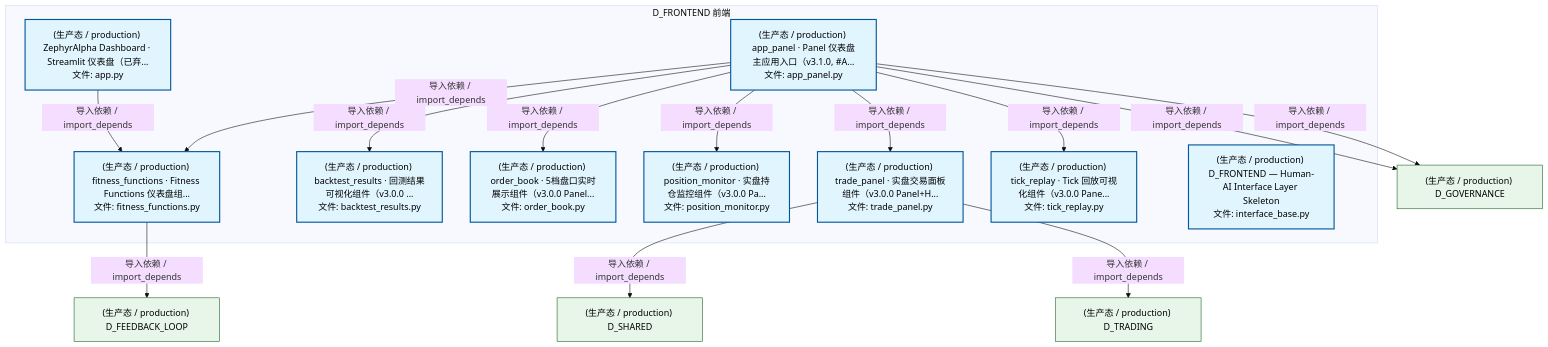
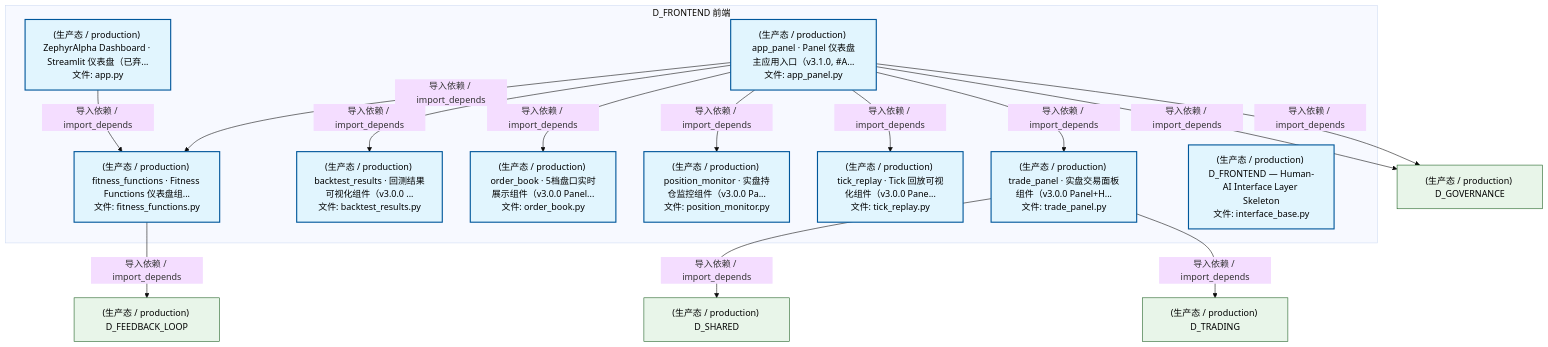
The second of 5 diagrams in docs/02_enterprise_architecture/02_domain_architecture_docs/15_d_frontend.md (xuanFelixVan/ZephyrAlpha), drawn with Mermaid (base theme) before and after one commit. The commit also changed other lines of this file and 96 other files, not shown here.

````diff
--- a/docs/02_enterprise_architecture/02_domain_architecture_docs/15_d_frontend.md
+++ b/docs/02_enterprise_architecture/02_domain_architecture_docs/15_d_frontend.md
@@ -165,36 +165,36 @@
 ```mermaid
 graph TD
     subgraph D_FRONTEND["D_FRONTEND 前端"]
         src_zephyr_frontend_dashboard_app_py["(生产态 / production) ZephyrAlpha Dashboard · Streamlit 仪表盘（已弃...<br/>文件: app.py"]
         src_zephyr_frontend_dashboard_app_panel_py["(生产态 / production) app_panel · Panel 仪表盘主应用入口（v3.1.0, #A...<br/>文件: app_panel.py"]
         src_zephyr_frontend_dashboard_components_backtest_results_py["(生产态 / production) backtest_results · 回测结果可视化组件（v3.0.0 ...<br/>文件: backtest_results.py"]
         src_zephyr_frontend_dashboard_components_fitness_functions_py["(生产态 / production) fitness_functions · Fitness Functions 仪表盘组...<br/>文件: fitness_functions.py"]
         src_zephyr_frontend_dashboard_components_order_book_py["(生产态 / production) order_book · 5档盘口实时展示组件（v3.0.0 Panel...<br/>文件: order_book.py"]
         src_zephyr_frontend_dashboard_components_position_monitor_py["(生产态 / production) position_monitor · 实盘持仓监控组件（v3.0.0 Pa...<br/>文件: position_monitor.py"]
         src_zephyr_frontend_dashboard_components_tick_replay_py["(生产态 / production) tick_replay · Tick 回放可视化组件（v3.0.0 Pane...<br/>文件: tick_replay.py"]
         src_zephyr_frontend_dashboard_components_trade_panel_py["(生产态 / production) trade_panel · 实盘交易面板组件（v3.0.0 Panel+H...<br/>文件: trade_panel.py"]
         src_zephyr_frontend_interface_base_py["(生产态 / production) D_FRONTEND — Human-AI Interface Layer Skeleton<br/>文件: interface_base.py"]
     end
     src_zephyr_frontend_dashboard_app_py -->|导入依赖 / import_depends| src_zephyr_frontend_dashboard_components_fitness_functions_py
     src_zephyr_frontend_dashboard_app_panel_py -->|导入依赖 / import_depends| src_zephyr_frontend_dashboard_components_fitness_functions_py
     src_zephyr_frontend_dashboard_app_panel_py -->|导入依赖 / import_depends| src_zephyr_frontend_dashboard_components_backtest_results_py
     src_zephyr_frontend_dashboard_app_panel_py -->|导入依赖 / import_depends| src_zephyr_frontend_dashboard_components_order_book_py
     src_zephyr_frontend_dashboard_app_panel_py -->|导入依赖 / import_depends| src_zephyr_frontend_dashboard_components_position_monitor_py
+    src_zephyr_frontend_dashboard_app_panel_py -->|导入依赖 / import_depends| src_zephyr_frontend_dashboard_components_tick_replay_py
     src_zephyr_frontend_dashboard_app_panel_py -->|导入依赖 / import_depends| src_zephyr_frontend_dashboard_components_trade_panel_py
-    src_zephyr_frontend_dashboard_app_panel_py -->|导入依赖 / import_depends| src_zephyr_frontend_dashboard_components_tick_replay_py
     D_GOVERNANCE["(生产态 / production) D_GOVERNANCE"]
     src_zephyr_frontend_dashboard_app_panel_py -->|导入依赖 / import_depends| D_GOVERNANCE
     D_FEEDBACK_LOOP["(生产态 / production) D_FEEDBACK_LOOP"]
     src_zephyr_frontend_dashboard_components_fitness_functions_py -->|导入依赖 / import_depends| D_FEEDBACK_LOOP
     D_SHARED["(生产态 / production) D_SHARED"]
     src_zephyr_frontend_dashboard_components_trade_panel_py -->|导入依赖 / import_depends| D_SHARED
     src_zephyr_frontend_dashboard_app_panel_py -->|导入依赖 / import_depends| D_GOVERNANCE
     D_TRADING["(生产态 / production) D_TRADING"]
     src_zephyr_frontend_dashboard_components_trade_panel_py -->|导入依赖 / import_depends| D_TRADING
     classDef production fill:#e1f5fe,stroke:#01579b,stroke-width:2px,color:#000
     classDef design fill:#fff3e0,stroke:#e65100,stroke-width:2px,color:#000,stroke-dasharray: 5 5
     classDef external_prod fill:#e8f5e9,stroke:#1b5e20,stroke-width:1px,color:#000
     classDef external_design fill:#fce4ec,stroke:#880e4f,stroke-width:1px,color:#000,stroke-dasharray: 5 5
     class src_zephyr_frontend_dashboard_app_py,src_zephyr_frontend_dashboard_app_panel_py,src_zephyr_frontend_dashboard_components_backtest_results_py,src_zephyr_frontend_dashboard_components_fitness_functions_py,src_zephyr_frontend_dashboard_components_order_book_py,src_zephyr_frontend_dashboard_components_position_monitor_py,src_zephyr_frontend_dashboard_components_tick_replay_py,src_zephyr_frontend_dashboard_components_trade_panel_py,src_zephyr_frontend_interface_base_py production
     class D_GOVERNANCE,D_FEEDBACK_LOOP,D_SHARED,D_TRADING external_prod
 ```
````
